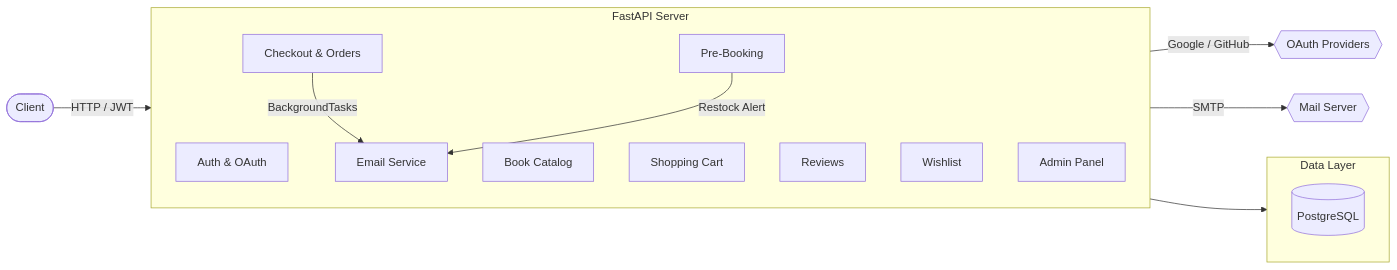
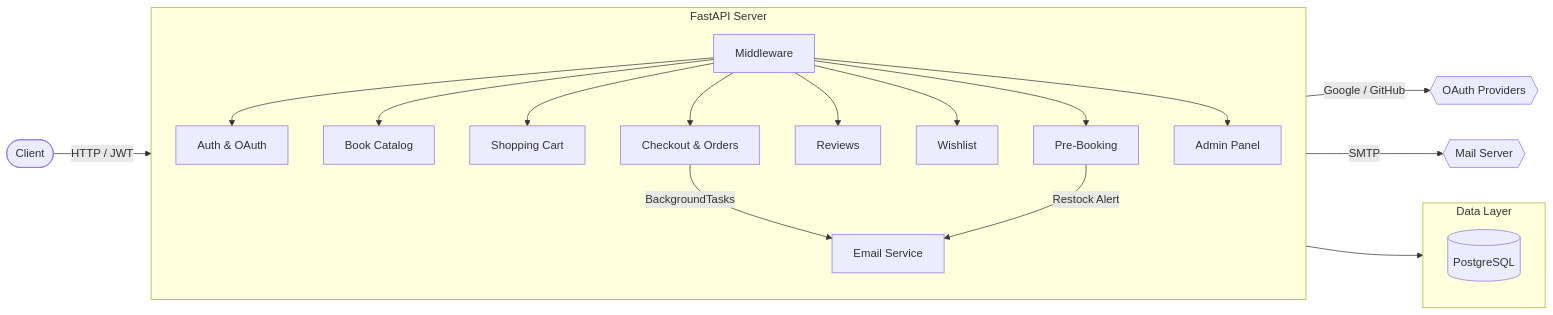
One commit to Sushasan11/bookstore changed the first of 3 diagrams in README.md. Above: the diagram before and after it, drawn with Mermaid. The commit also changed other lines of this file, not shown here.

First line of the commit message:
docs: rewrite README as detailed architecture documentation

````diff
--- a/README.md
+++ b/README.md
@@ -7,29 +64,31 @@
 ```mermaid
 graph LR
     Client([Client])
 
     subgraph Server["FastAPI Server"]
         direction TB
+        MW[Middleware]
         Auth[Auth & OAuth]
         Catalog[Book Catalog]
         Cart[Shopping Cart]
         Orders[Checkout & Orders]
         Reviews[Reviews]
         Wishlist[Wishlist]
         PreBook[Pre-Booking]
         Admin[Admin Panel]
         Email[Email Service]
     end
 
     subgraph Data["Data Layer"]
         direction TB
         PG[(PostgreSQL)]
     end
 
-    Client -->|HTTP / JWT| Server
+    Client -->|HTTP / JWT| MW
+    MW --> Auth & Catalog & Cart & Orders & Reviews & Wishlist & PreBook & Admin
     Auth -->|Google / GitHub| OAuth{{OAuth Providers}}
     Server --> PG
     Orders -->|BackgroundTasks| Email
     PreBook -->|Restock Alert| Email
     Email -->|SMTP| MailServer{{Mail Server}}
 ```
````
